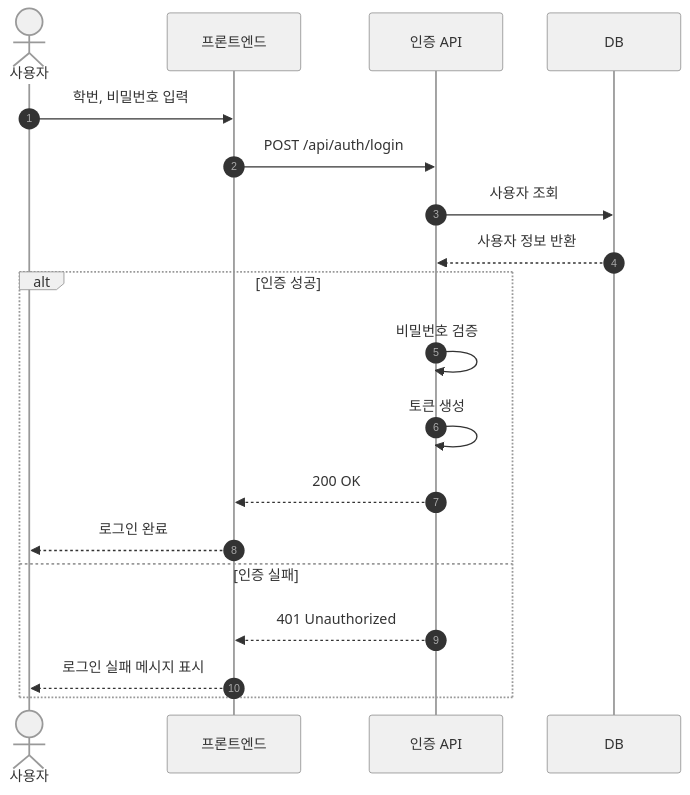
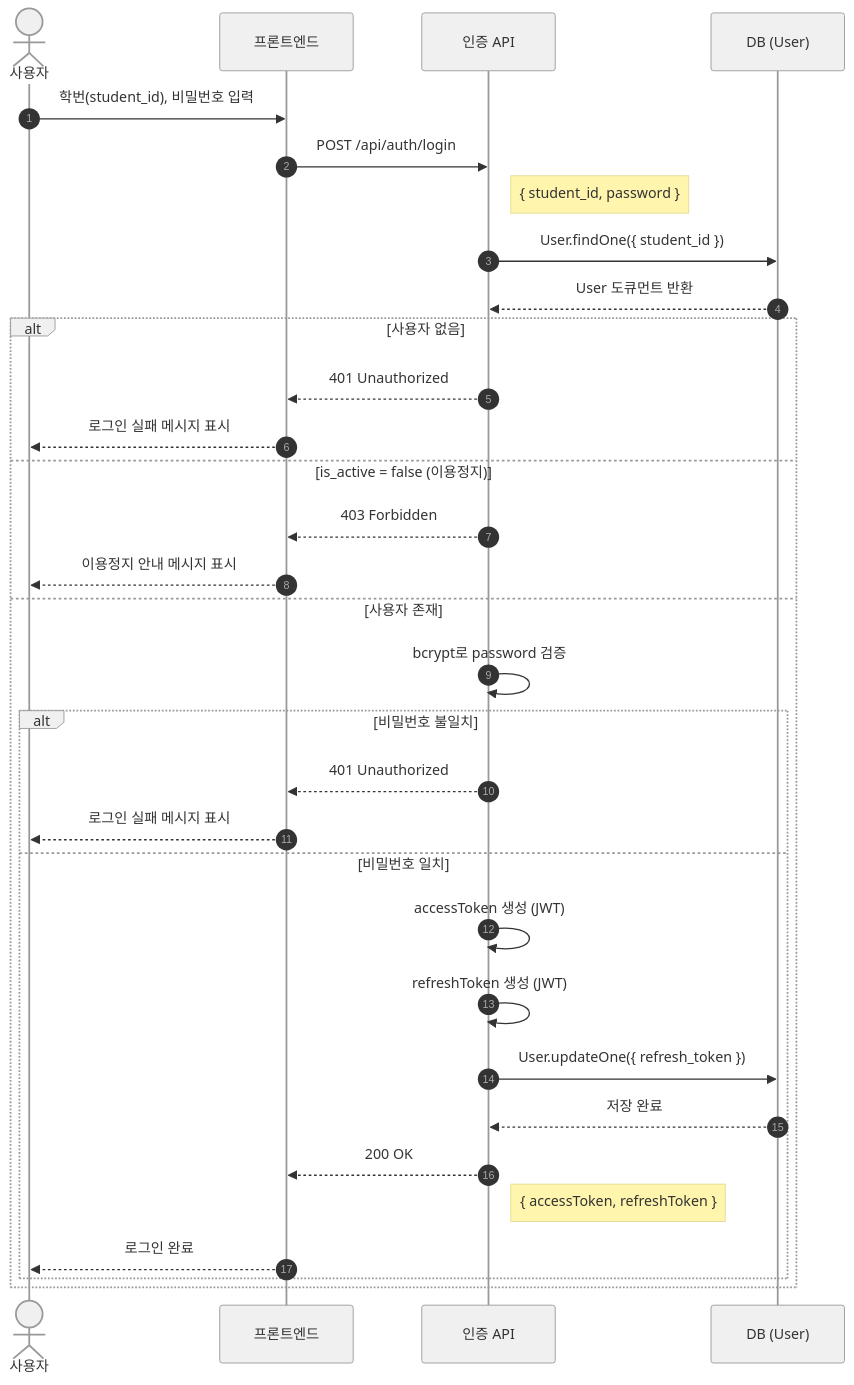
The first of 3 diagrams in README.md (lopalap/123dsada), drawn with Mermaid before and after one commit. The commit also changed other lines of this file, not shown here.

````diff
--- a/README.md
+++ b/README.md
@@ -3,22 +12,38 @@
 ```mermaid
 %%{init: {'theme': 'base', 'themeVariables': {'primaryColor': '#f0f0f0', 'primaryTextColor': '#333', 'primaryBorderColor': '#999', 'lineColor': '#555', 'secondaryColor': '#f9f9f9', 'tertiaryColor': '#fff'}}}%%
 sequenceDiagram
     autonumber
     actor User as 사용자
     participant Frontend as 프론트엔드
     participant AuthAPI as 인증 API
-    participant DB as DB
-    User->>Frontend: 학번, 비밀번호 입력
+    participant DB as DB (User)
+
+    User->>Frontend: 학번(student_id), 비밀번호 입력
     Frontend->>AuthAPI: POST /api/auth/login
-    AuthAPI->>DB: 사용자 조회
-    DB-->>AuthAPI: 사용자 정보 반환
-    alt 인증 성공
-        AuthAPI->>AuthAPI: 비밀번호 검증
-        AuthAPI->>AuthAPI: 토큰 생성
-        AuthAPI-->>Frontend: 200 OK
-        Frontend-->>User: 로그인 완료
-    else 인증 실패
+    note right of AuthAPI: { student_id, password }
+
+    AuthAPI->>DB: User.findOne({ student_id })
+    DB-->>AuthAPI: User 도큐먼트 반환
+
+    alt 사용자 없음
         AuthAPI-->>Frontend: 401 Unauthorized
         Frontend-->>User: 로그인 실패 메시지 표시
+    else is_active = false (이용정지)
+        AuthAPI-->>Frontend: 403 Forbidden
+        Frontend-->>User: 이용정지 안내 메시지 표시
+    else 사용자 존재
+        AuthAPI->>AuthAPI: bcrypt로 password 검증
+        alt 비밀번호 불일치
+            AuthAPI-->>Frontend: 401 Unauthorized
+            Frontend-->>User: 로그인 실패 메시지 표시
+        else 비밀번호 일치
+            AuthAPI->>AuthAPI: accessToken 생성 (JWT)
+            AuthAPI->>AuthAPI: refreshToken 생성 (JWT)
+            AuthAPI->>DB: User.updateOne({ refresh_token })
+            DB-->>AuthAPI: 저장 완료
+            AuthAPI-->>Frontend: 200 OK
+            note right of AuthAPI: { accessToken, refreshToken }
+            Frontend-->>User: 로그인 완료
+        end
     end
 ```
````
